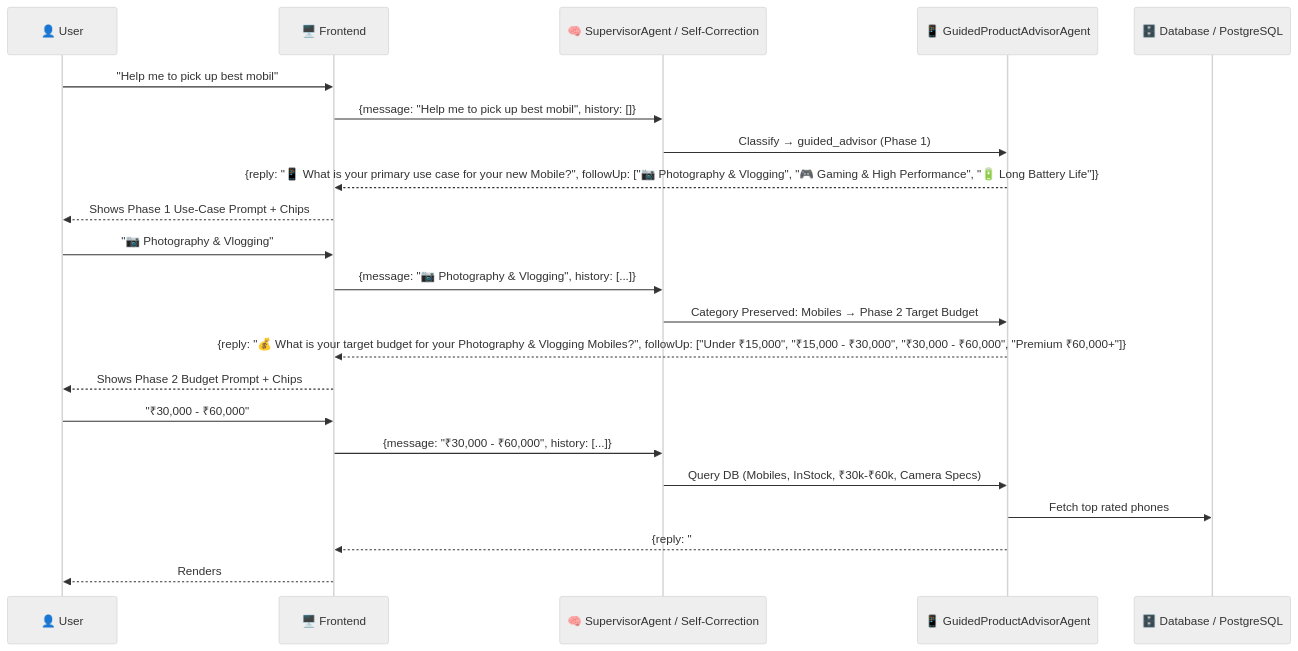
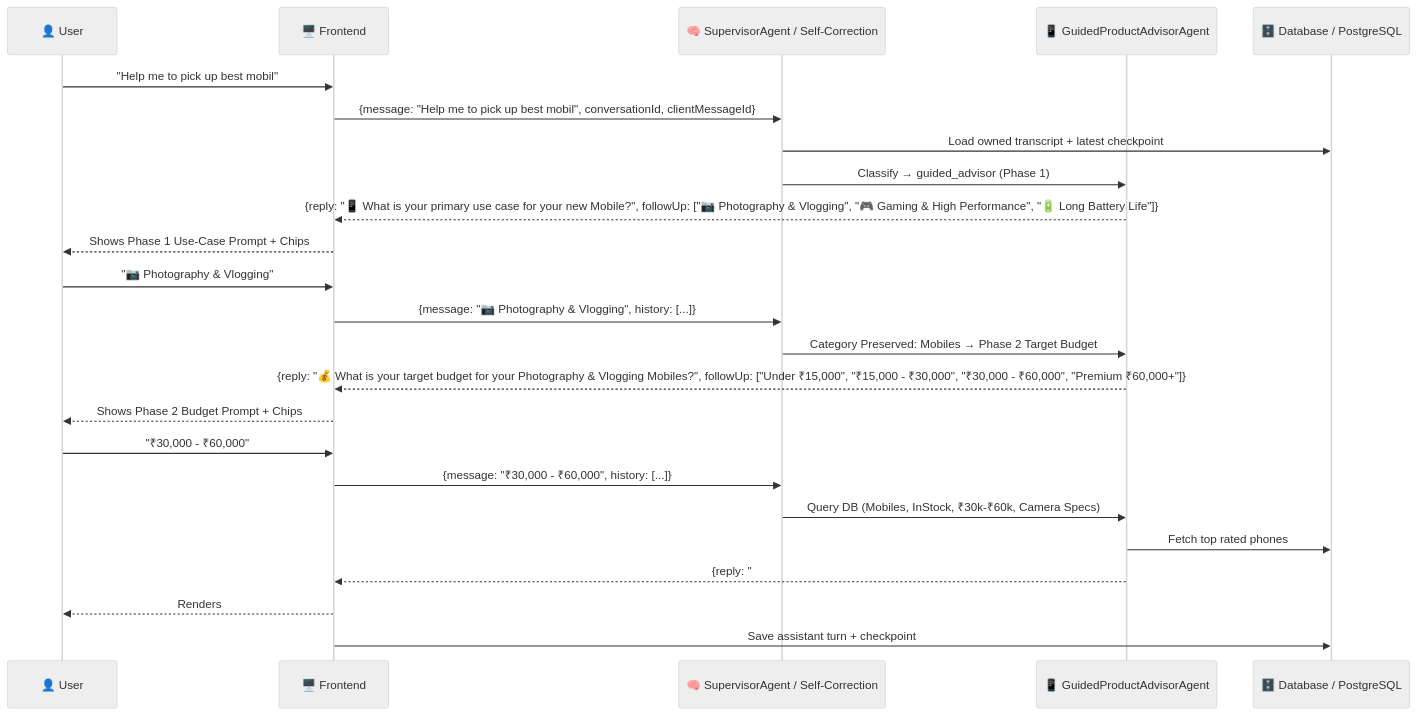
One commit to inkxe-shradha/ECommerce-Design-Suite changed the second of 2 diagrams in docs/AGENTIC-AI-ARCHITECTURE.md. Above: the diagram before and after it, drawn with Mermaid (neutral theme). The commit also changed other lines of this file and 20 other files, not shown here.

````diff
--- a/docs/AGENTIC-AI-ARCHITECTURE.md
+++ b/docs/AGENTIC-AI-ARCHITECTURE.md
@@ -70,27 +73,29 @@
 ```mermaid
 sequenceDiagram
     participant U as 👤 User
     participant FE as 🖥️ Frontend
     participant SA as 🧠 SupervisorAgent / Self-Correction
     participant GPA as 📱 GuidedProductAdvisorAgent
     participant DB as 🗄️ Database / PostgreSQL
 
     U->>FE: "Help me to pick up best mobil"
-    FE->>SA: {message: "Help me to pick up best mobil", history: []}
+    FE->>SA: {message: "Help me to pick up best mobil", conversationId, clientMessageId}
+    SA->>DB: Load owned transcript + latest checkpoint
     SA->>GPA: Classify → guided_advisor (Phase 1)
     GPA-->>FE: {reply: "📱 What is your primary use case for your new Mobile?", followUp: ["📷 Photography & Vlogging", "🎮 Gaming & High Performance", "🔋 Long Battery Life"]}
     FE-->>U: Shows Phase 1 Use-Case Prompt + Chips
 
     U->>FE: "📷 Photography & Vlogging"
     FE->>SA: {message: "📷 Photography & Vlogging", history: [...]}
     SA->>GPA: Category Preserved: Mobiles → Phase 2 Target Budget
     GPA-->>FE: {reply: "💰 What is your target budget for your Photography & Vlogging Mobiles?", followUp: ["Under ₹15,000", "₹15,000 - ₹30,000", "₹30,000 - ₹60,000", "Premium ₹60,000+"]}
     FE-->>U: Shows Phase 2 Budget Prompt + Chips
 
     U->>FE: "₹30,000 - ₹60,000"
     FE->>SA: {message: "₹30,000 - ₹60,000", history: [...]}
     SA->>GPA: Query DB (Mobiles, InStock, ₹30k-₹60k, Camera Specs)
     GPA->>DB: Fetch top rated phones
     GPA-->>FE: {reply: "## 🌟 #1 Recommended Choice: Galaxy S21 (Variant) — ₹57,822", products[3], followUp: ["Yes, add best match to cart", "Show cheaper option", "Can I save with a coupon?"]}
     FE-->>U: Renders #1 Best Match + Rationale + Top Alternatives + Action Chips
+    FE->>DB: Save assistant turn + checkpoint
 ```
````
